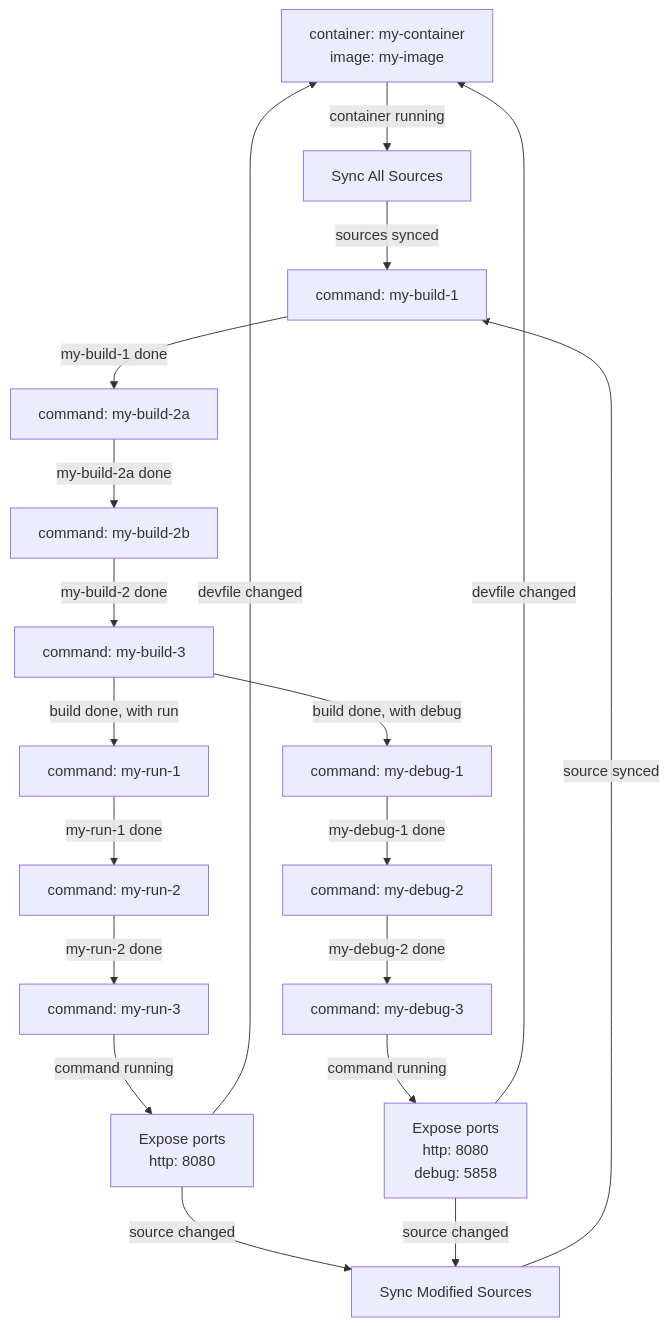
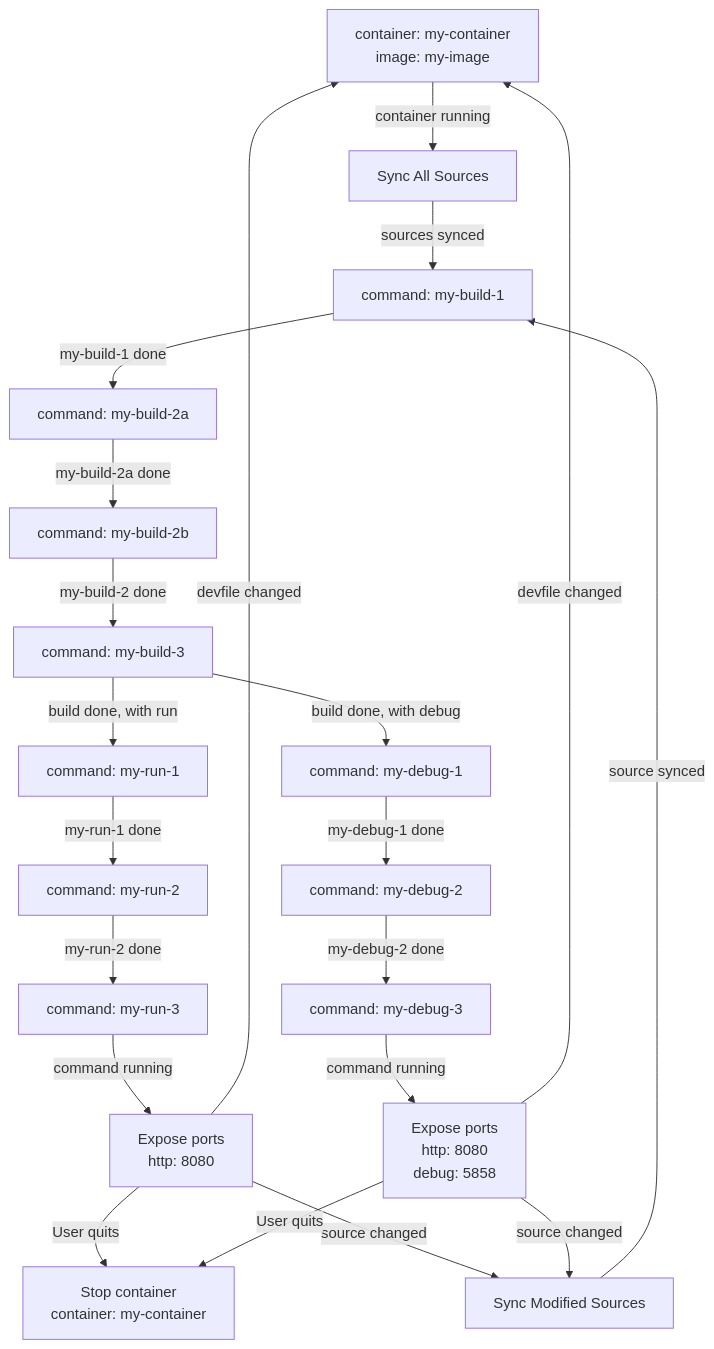
The diagram in pkg/graph/graphs/container-composite-build-run-debug.md (feloy/devfile-lifecycle), drawn with Mermaid before and after one commit. The commit also changed 7 other files, not shown here.

Commit message:
Add "User quits" event

````diff
--- a/pkg/graph/graphs/container-composite-build-run-debug.md
+++ b/pkg/graph/graphs/container-composite-build-run-debug.md
@@ -1,36 +1,39 @@
 ```mermaid
 graph TB
 my-container["container: my-container<br/>image: my-image"]
 my-build-1["command: my-build-1"]
 my-build-2a["command: my-build-2a"]
 my-build-2b["command: my-build-2b"]
 my-build-3["command: my-build-3"]
 my-container-my-debug-1-expose["Expose ports<br/>http: 8080<br/>debug: 5858"]
 my-container-my-run-1-expose["Expose ports<br/>http: 8080"]
+my-container-stop["Stop container<br/>container: my-container"]
 my-debug-1["command: my-debug-1"]
 my-debug-2["command: my-debug-2"]
 my-debug-3["command: my-debug-3"]
 my-run-1["command: my-run-1"]
 my-run-2["command: my-run-2"]
 my-run-3["command: my-run-3"]
 sync-all-my-container["Sync All Sources"]
 sync-modified-my-container["Sync Modified Sources"]
 my-container -->|"container running"| sync-all-my-container
 sync-all-my-container -->|"sources synced"| my-build-1
 my-build-1 -->|"my-build-1 done"| my-build-2a
 my-build-2a -->|"my-build-2a done"| my-build-2b
 my-build-2b -->|"my-build-2 done"| my-build-3
 my-build-3 -->|"build done, with run"| my-run-1
 my-run-1 -->|"my-run-1 done"| my-run-2
 my-run-2 -->|"my-run-2 done"| my-run-3
 my-run-3 -->|"command running"| my-container-my-run-1-expose
+my-container-my-run-1-expose -->|"User quits"| my-container-stop
 my-container-my-run-1-expose -->|"source changed"| sync-modified-my-container
 sync-modified-my-container -->|"source synced"| my-build-1
 my-container-my-run-1-expose -->|"devfile changed"| my-container
 my-build-3 -->|"build done, with debug"| my-debug-1
 my-debug-1 -->|"my-debug-1 done"| my-debug-2
 my-debug-2 -->|"my-debug-2 done"| my-debug-3
 my-debug-3 -->|"command running"| my-container-my-debug-1-expose
+my-container-my-debug-1-expose -->|"User quits"| my-container-stop
 my-container-my-debug-1-expose -->|"source changed"| sync-modified-my-container
 my-container-my-debug-1-expose -->|"devfile changed"| my-container
 ```
````
